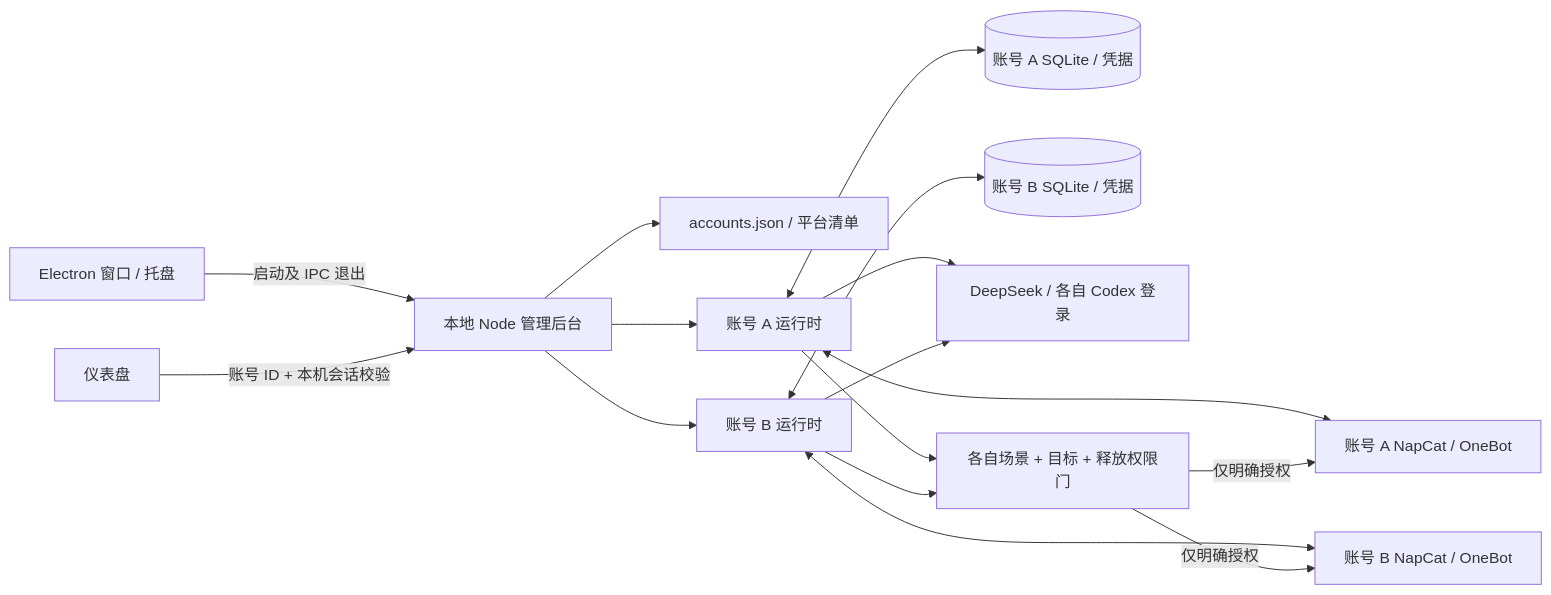
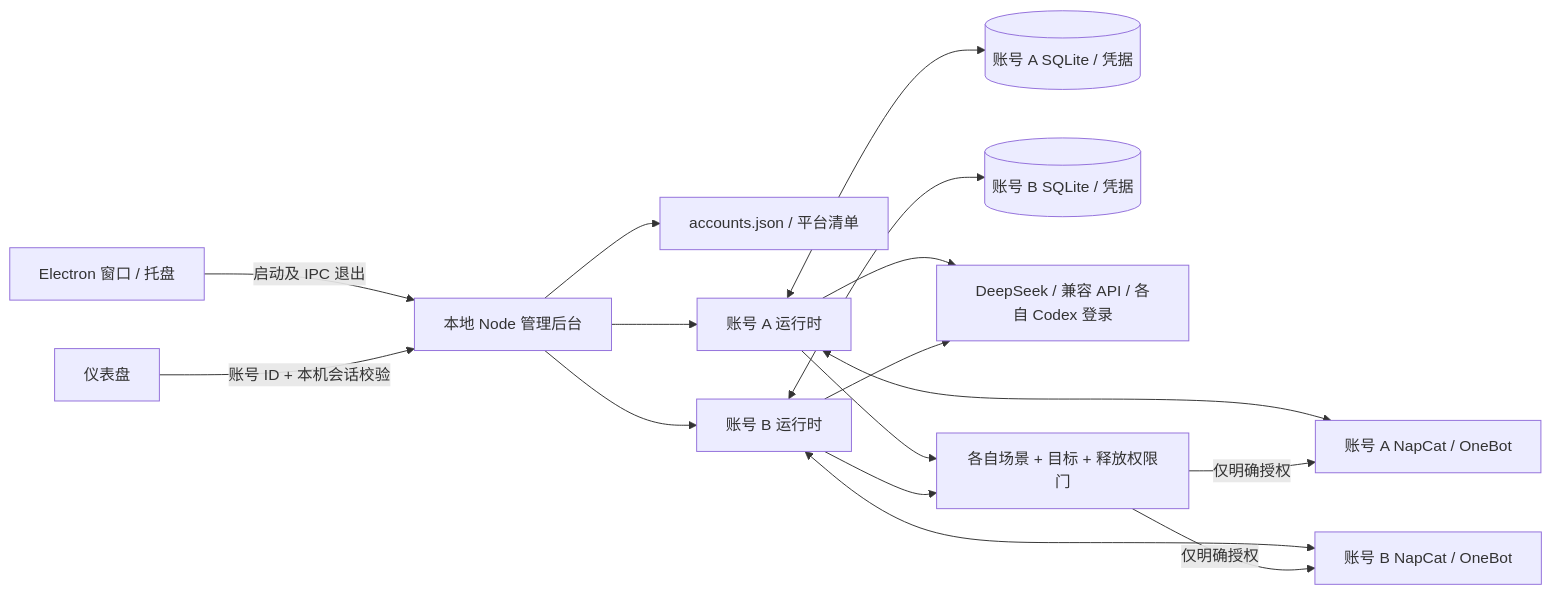
One commit to klwb360/QQ_Service changed the diagram in docs/ARCHITECTURE.md. Above: the diagram before and after it, drawn with Mermaid. The commit also changed other lines of this file and 37 other files, not shown here.

````diff
--- a/docs/ARCHITECTURE.md
+++ b/docs/ARCHITECTURE.md
@@ -25,18 +25,18 @@
 ```mermaid
 flowchart LR
   Desktop[Electron 窗口 / 托盘] -->|启动及 IPC 退出| Server[本地 Node 管理后台]
   UI[仪表盘] -->|账号 ID + 本机会话校验| Server
   Server --> Catalog[accounts.json / 平台清单]
   Server --> A[账号 A 运行时]
   Server --> B[账号 B 运行时]
   A <--> NA[账号 A NapCat / OneBot]
   B <--> NB[账号 B NapCat / OneBot]
   A <--> SA[(账号 A SQLite / 凭据)]
   B <--> SB[(账号 B SQLite / 凭据)]
-  A --> Models[DeepSeek / 各自 Codex 登录]
+  A --> Models[DeepSeek / 兼容 API / 各自 Codex 登录]
   B --> Models
   A --> Gate[各自场景 + 目标 + 释放权限门]
   B --> Gate
   Gate -->|仅明确授权| NA
   Gate -->|仅明确授权| NB
 ```
````
